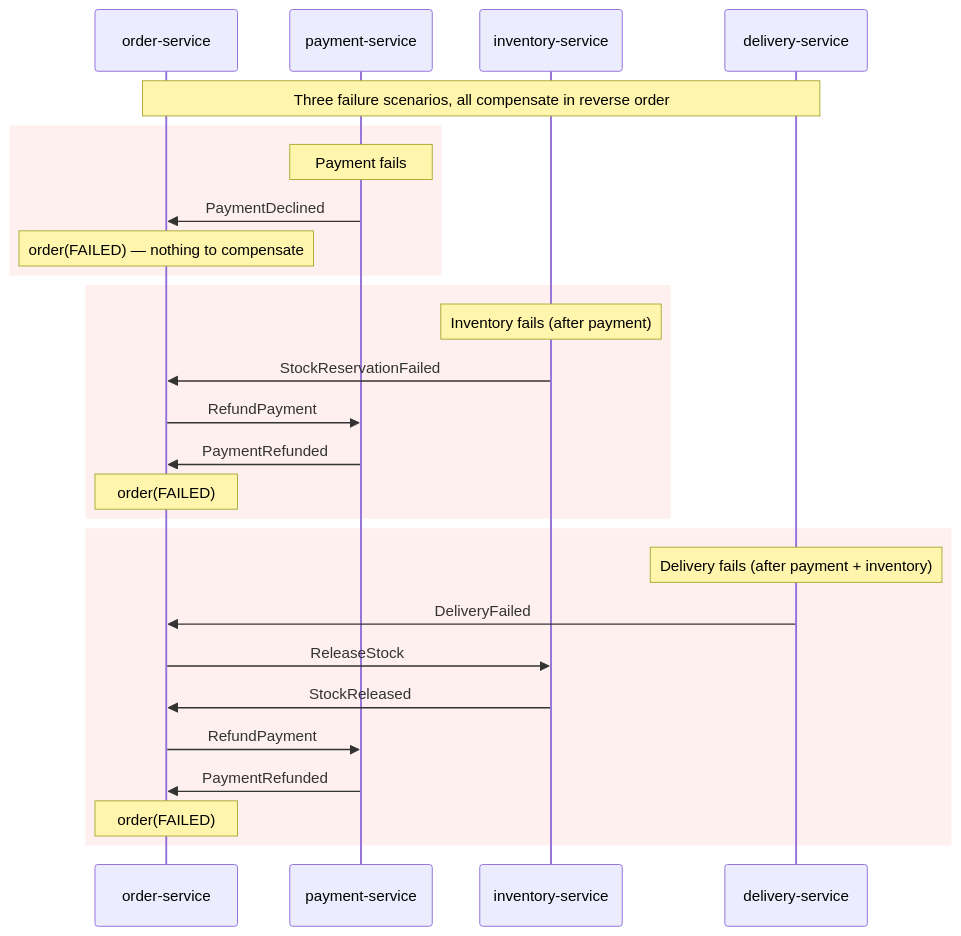
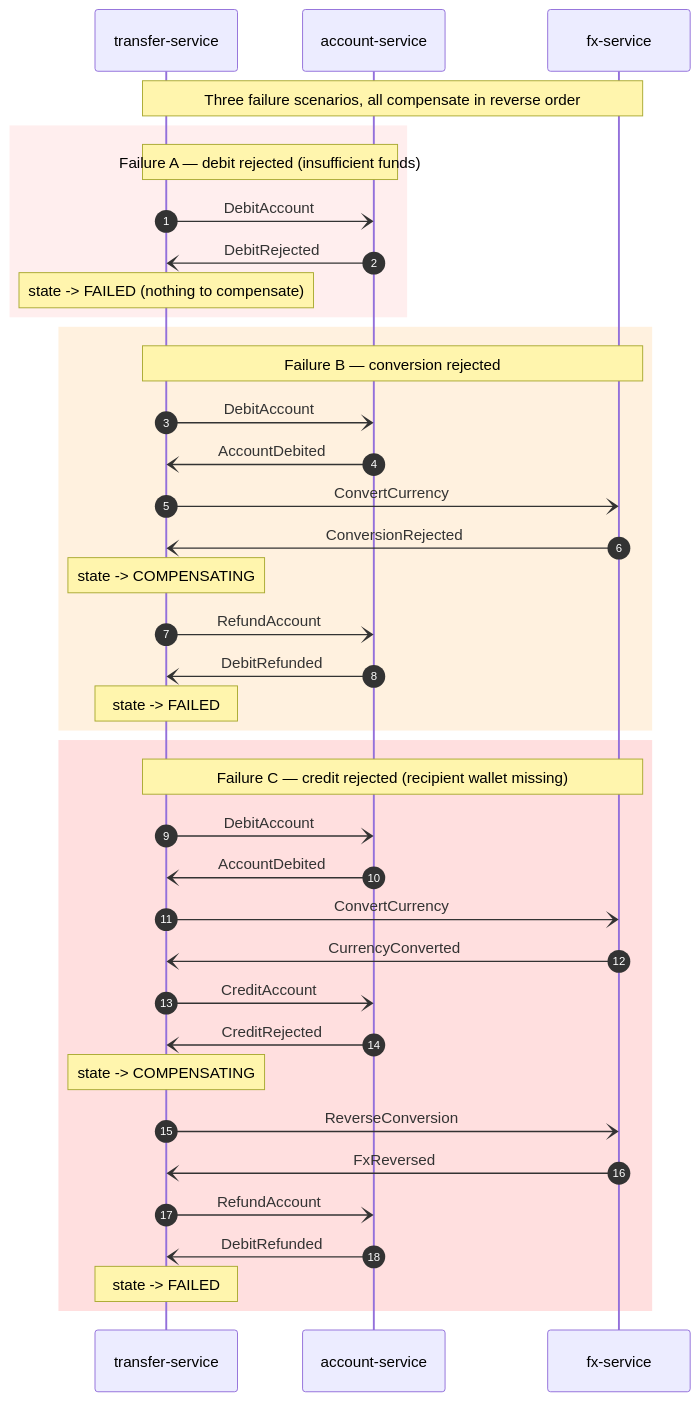
One commit to alabenkhlifa/outbox-saga-lab changed the third of 4 diagrams in docs/architecture.md. Above: the diagram before and after it, drawn with Mermaid. The commit also changed other lines of this file, not shown here.

Commit message:
Rewrite architecture.md for banking domain (saga + compensation diagrams)

````diff
--- a/docs/architecture.md
+++ b/docs/architecture.md
@@ -105,33 +74,44 @@
 ```mermaid
 sequenceDiagram
-    participant Order as order-service
-    participant Pay as payment-service
-    participant Inv as inventory-service
-    participant Del as delivery-service
+    autonumber
+    participant Transfer as transfer-service
+    participant Account as account-service
+    participant Fx as fx-service
 
-    Note over Order,Del: Three failure scenarios, all compensate in reverse order
+    Note over Transfer,Fx: Three failure scenarios, all compensate in reverse order
 
-    rect rgb(255, 240, 240)
-        Note over Pay: Payment fails
-        Pay->>Order: PaymentDeclined
-        Note over Order: order(FAILED) — nothing to compensate
+    rect rgba(255,200,200,0.3)
+        Note over Transfer,Account: Failure A — debit rejected (insufficient funds)
+        Transfer-)Account: DebitAccount
+        Account-)Transfer: DebitRejected
+        Note over Transfer: state -> FAILED (nothing to compensate)
     end
 
-    rect rgb(255, 240, 240)
-        Note over Inv: Inventory fails (after payment)
-        Inv->>Order: StockReservationFailed
-        Order->>Pay: RefundPayment
-        Pay->>Order: PaymentRefunded
-        Note over Order: order(FAILED)
+    rect rgba(255,210,150,0.3)
+        Note over Transfer,Fx: Failure B — conversion rejected
+        Transfer-)Account: DebitAccount
+        Account-)Transfer: AccountDebited
+        Transfer-)Fx: ConvertCurrency
+        Fx-)Transfer: ConversionRejected
+        Note over Transfer: state -> COMPENSATING
+        Transfer-)Account: RefundAccount
+        Account-)Transfer: DebitRefunded
+        Note over Transfer: state -> FAILED
     end
 
-    rect rgb(255, 240, 240)
-        Note over Del: Delivery fails (after payment + inventory)
-        Del->>Order: DeliveryFailed
-        Order->>Inv: ReleaseStock
-        Inv->>Order: StockReleased
-        Order->>Pay: RefundPayment
-        Pay->>Order: PaymentRefunded
-        Note over Order: order(FAILED)
+    rect rgba(255,150,150,0.3)
+        Note over Transfer,Fx: Failure C — credit rejected (recipient wallet missing)
+        Transfer-)Account: DebitAccount
+        Account-)Transfer: AccountDebited
+        Transfer-)Fx: ConvertCurrency
+        Fx-)Transfer: CurrencyConverted
+        Transfer-)Account: CreditAccount
+        Account-)Transfer: CreditRejected
+        Note over Transfer: state -> COMPENSATING
+        Transfer-)Fx: ReverseConversion
+        Fx-)Transfer: FxReversed
+        Transfer-)Account: RefundAccount
+        Account-)Transfer: DebitRefunded
+        Note over Transfer: state -> FAILED
     end
 ```
````
